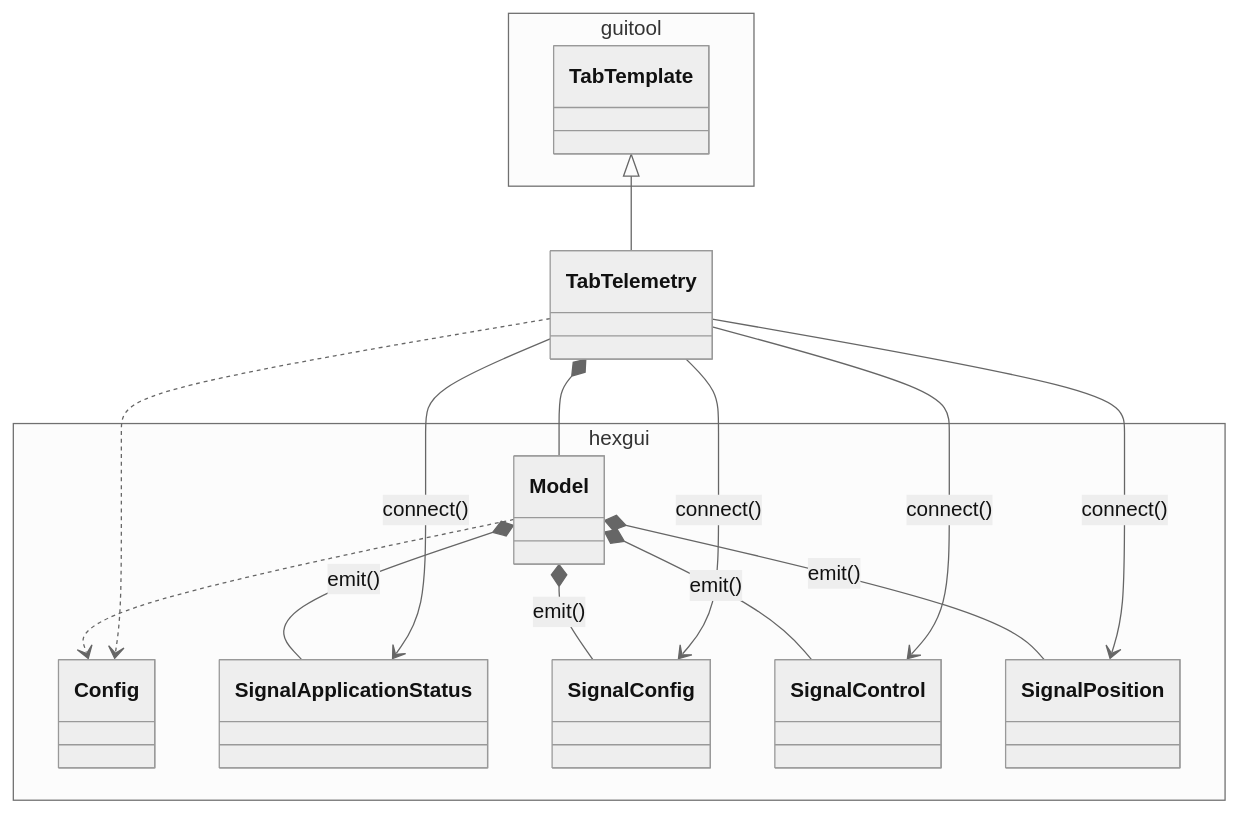
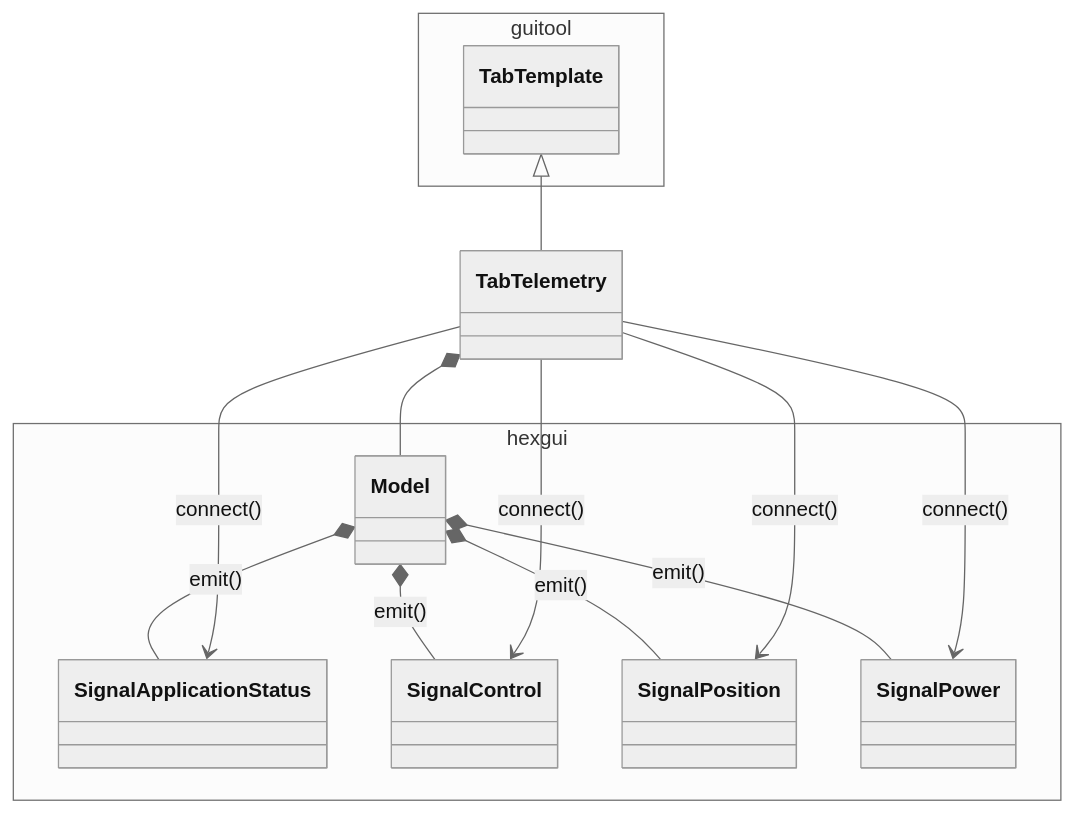
The diagram in doc/uml/tab/class_tab_telemetry.mmd (lsst-ts/ts_hexgui), drawn with Mermaid (neutral theme) before and after one commit. The commit also changed 5 other files, not shown here.

```diff
--- a/doc/uml/tab/class_tab_telemetry.mmd
+++ b/doc/uml/tab/class_tab_telemetry.mmd
@@ -1,29 +1,26 @@
 classDiagram
 
 namespace guitool {
   class TabTemplate
 }
 
 namespace hexgui {
   class Model
-  class Config
   class SignalApplicationStatus
-  class SignalConfig
   class SignalControl
   class SignalPosition
+  class SignalPower
 }
 
-Model ..> Config
 Model *-- SignalApplicationStatus : emit()
-Model *-- SignalConfig : emit()
 Model *-- SignalControl : emit()
 Model *-- SignalPosition : emit()
+Model *-- SignalPower : emit()
 
 TabTemplate <|-- TabTelemetry
 
 TabTelemetry *-- Model
-TabTelemetry ..> Config
 TabTelemetry --> SignalApplicationStatus : connect()
-TabTelemetry --> SignalConfig : connect()
 TabTelemetry --> SignalControl : connect()
 TabTelemetry --> SignalPosition : connect()
+TabTelemetry --> SignalPower : connect()
```
